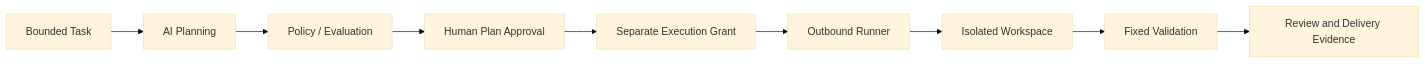
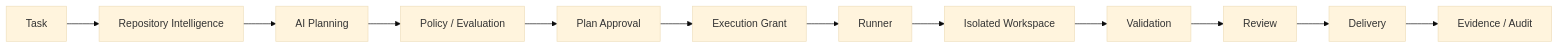
One commit to dankk0220abc-prog/visual-engineer changed the first of 2 diagrams in README.md. Above: the diagram before and after it, drawn with Mermaid (base theme). The commit also changed other lines of this file and 4 other files, not shown here.

````diff
--- a/README.md
+++ b/README.md
@@ -34,11 +28,14 @@
 ```mermaid
 flowchart LR
-    T["Bounded Task"] --> P["AI Planning"]
+    T["Task"] --> RI["Repository Intelligence"]
+    RI --> P["AI Planning"]
     P --> E["Policy / Evaluation"]
-    E --> A["Human Plan Approval"]
-    A --> G["Separate Execution Grant"]
-    G --> R["Outbound Runner"]
+    E --> A["Plan Approval"]
+    A --> G["Execution Grant"]
+    G --> R["Runner"]
     R --> W["Isolated Workspace"]
-    W --> V["Fixed Validation"]
-    V --> H["Review and Delivery Evidence"]
+    W --> V["Validation"]
+    V --> RV["Review"]
+    RV --> D["Delivery"]
+    D --> AU["Evidence / Audit"]
 ```
````
